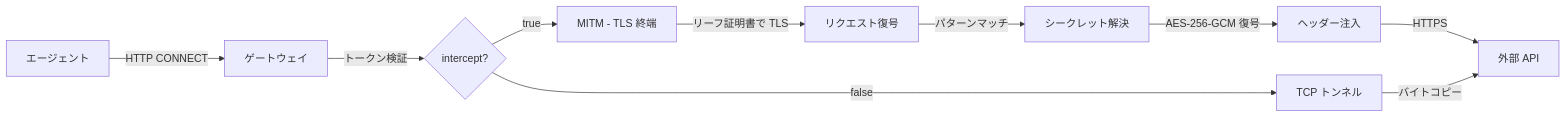
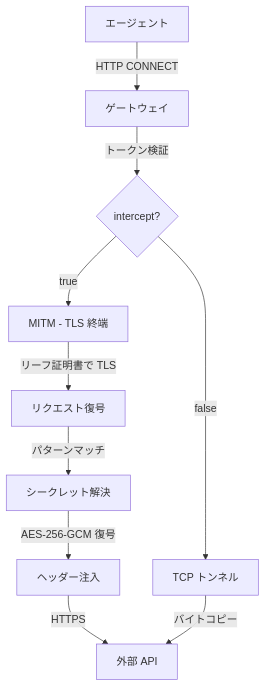
Before and after one commit to suwa-sh/zenn-contents: the fourth of 6 diagrams in articles/onecli_20260317.md, drawn with Mermaid. The commit also changed other lines of this file, not shown here.

````diff
--- a/articles/onecli_20260317.md
+++ b/articles/onecli_20260317.md
@@ -177,12 +178,12 @@
 ```mermaid
-graph LR
+graph TD
     A[エージェント] -->|HTTP CONNECT| B[ゲートウェイ]
     B -->|トークン検証| C{intercept?}
     C -->|true| D[MITM - TLS 終端]
     C -->|false| E[TCP トンネル]
     D -->|リーフ証明書で TLS| F[リクエスト復号]
     F -->|パターンマッチ| G[シークレット解決]
     G -->|AES-256-GCM 復号| H[ヘッダー注入]
     H -->|HTTPS| I[外部 API]
     E -->|バイトコピー| I
 ```
````
